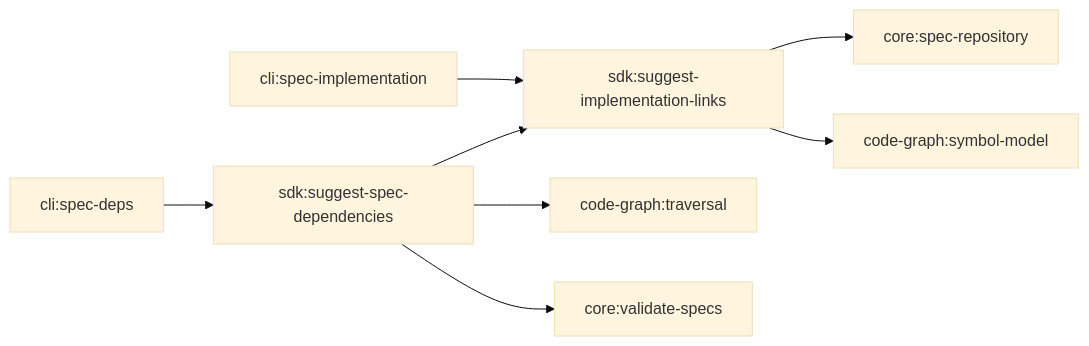
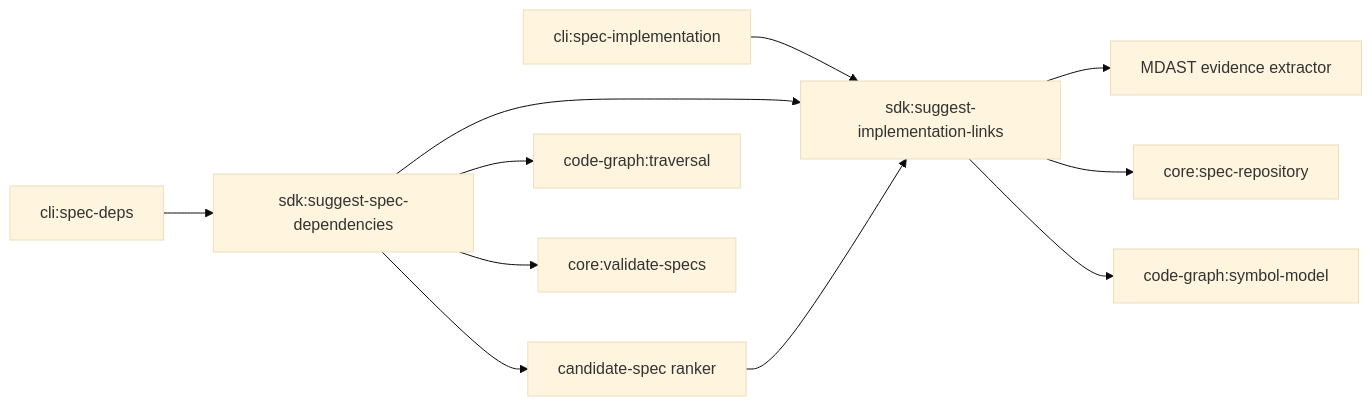
The diagram in specd-sdd/changes/20260816-112112-suggest-implementation-and-spec-deps/design.md (specd-sdd/SpecD), drawn with Mermaid (base theme) before and after one commit. The commit also changed other lines of this file and 43 other files, not shown here.

````diff
--- a/specd-sdd/changes/20260816-112112-suggest-implementation-and-spec-deps/design.md
+++ b/specd-sdd/changes/20260816-112112-suggest-implementation-and-spec-deps/design.md
@@ -549,10 +632,13 @@
 ```mermaid
 graph LR
     CLI_IMPL["cli:spec-implementation"] --> SDK_IMPL["sdk:suggest-implementation-links"]
     CLI_DEPS["cli:spec-deps"] --> SDK_DEPS["sdk:suggest-spec-dependencies"]
     SDK_DEPS --> SDK_IMPL
+    SDK_IMPL --> MDAST["MDAST evidence extractor"]
     SDK_IMPL --> REPO["core:spec-repository"]
     SDK_IMPL --> GRAPH["code-graph:symbol-model"]
+    SDK_DEPS --> OWNER["candidate-spec ranker"]
+    OWNER --> SDK_IMPL
     SDK_DEPS --> IMPACT["code-graph:traversal"]
     SDK_DEPS --> VALIDATE["core:validate-specs"]
 ```
````
